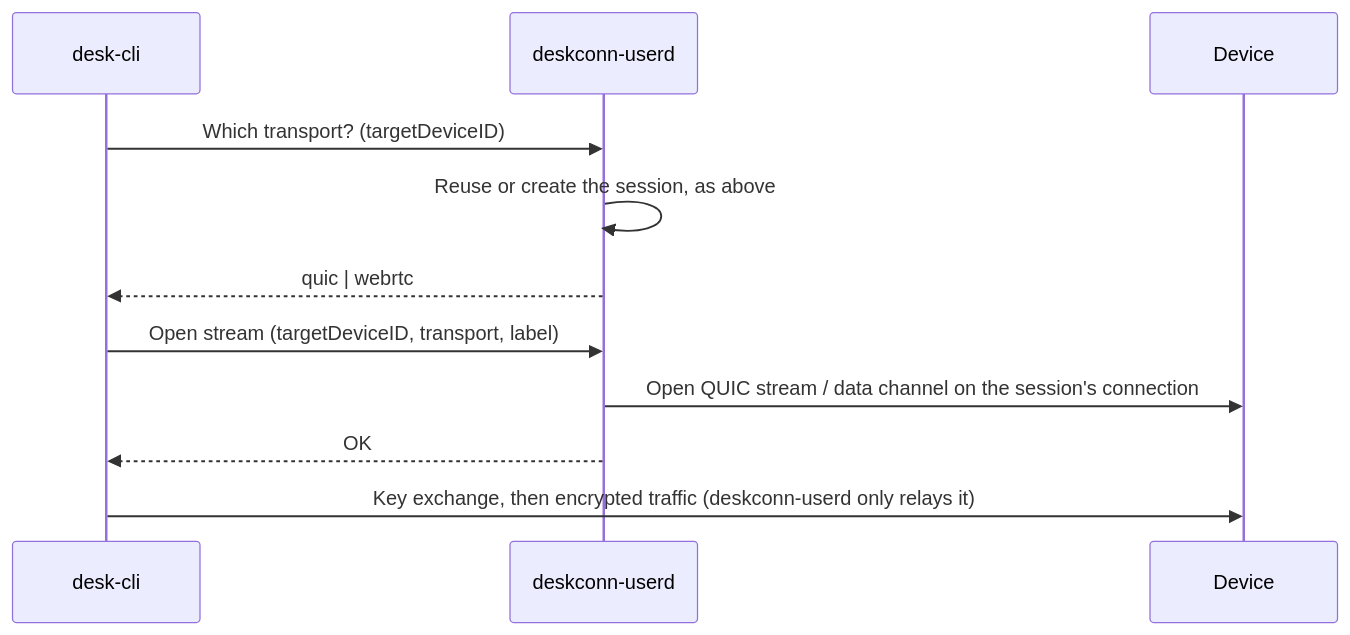
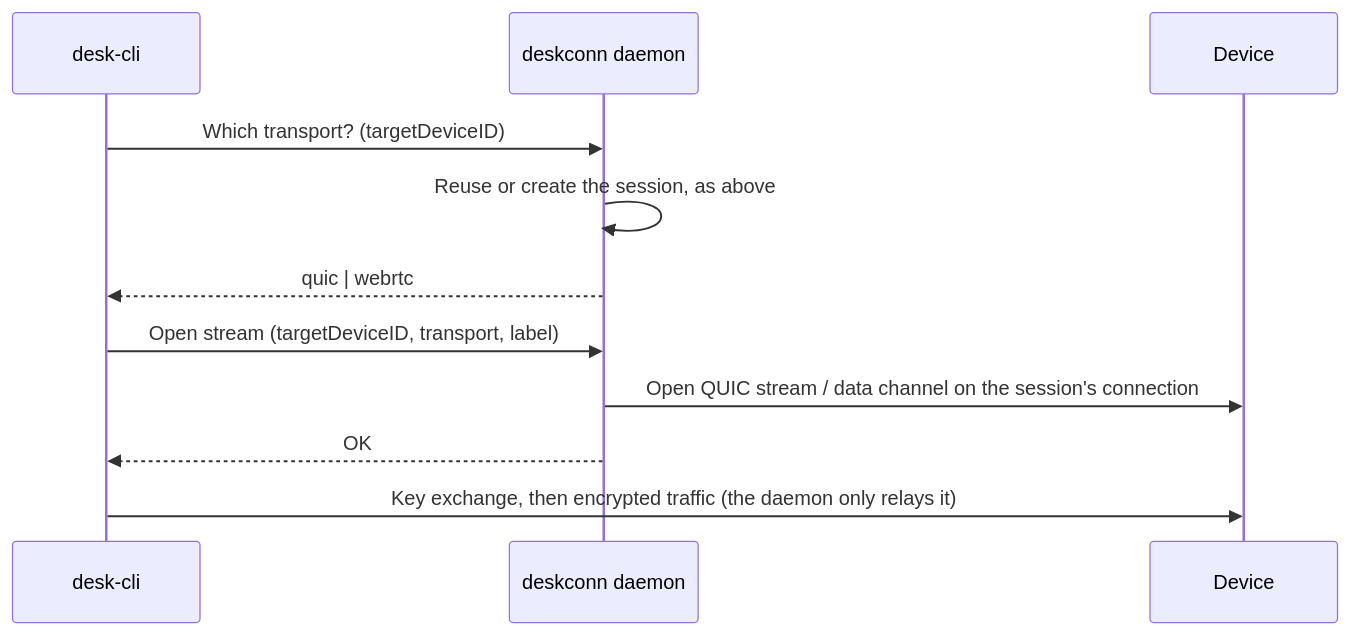
The fifth of 5 diagrams in architecture/architecture.md (xconnio/deskconn), drawn with Mermaid before and after one commit. The commit also changed other lines of this file and 14 other files, not shown here.

Commit message:
rename deskconn-userd service to deskconn

````diff
--- a/architecture/architecture.md
+++ b/architecture/architecture.md
@@ -97,16 +97,16 @@
 ```mermaid
 sequenceDiagram
     participant C as desk-cli
-    participant D as deskconn-userd
+    participant D as deskconn daemon
     participant Dev as Device
 
     C->>D: Which transport? (targetDeviceID)
     D->>D: Reuse or create the session, as above
     D-->>C: quic | webrtc
 
     C->>D: Open stream (targetDeviceID, transport, label)
     D->>Dev: Open QUIC stream / data channel on the session's connection
     D-->>C: OK
 
-    C->>Dev: Key exchange, then encrypted traffic (deskconn-userd only relays it)
+    C->>Dev: Key exchange, then encrypted traffic (the daemon only relays it)
 ```
````
